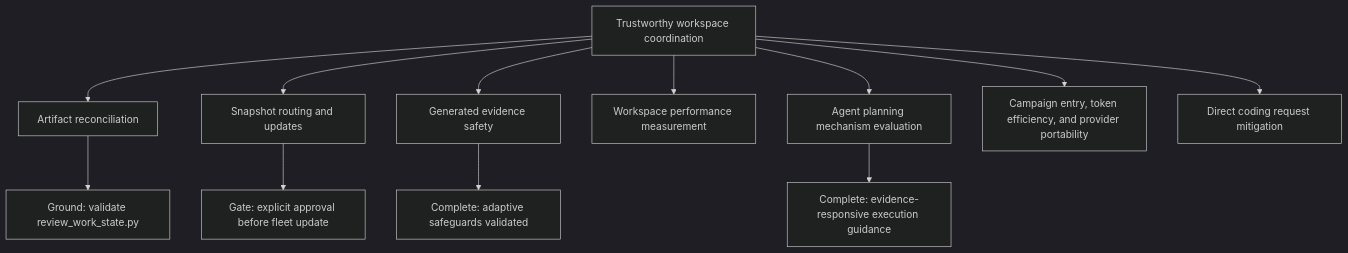
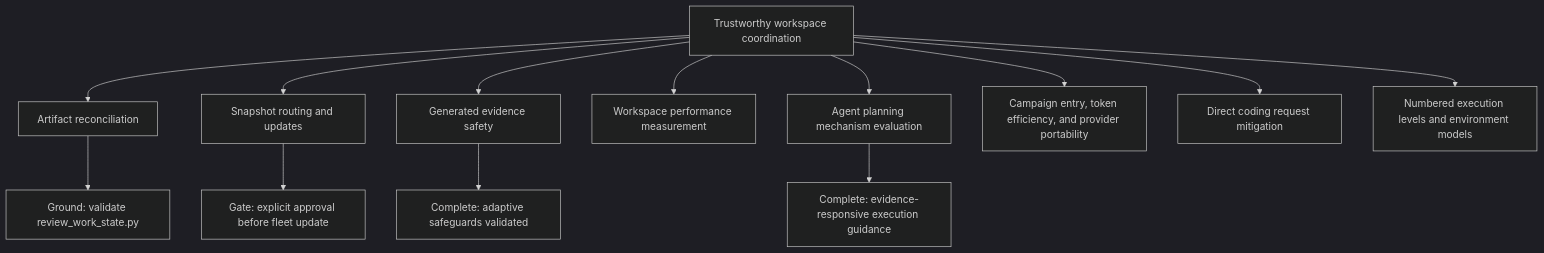
One commit to PC-Redemption/tool_shed changed the diagram in work/maps/map-tool-shed-evolution.md. Above: the diagram before and after it, drawn with Mermaid (dark theme). The commit also changed other lines of this file and 14 other files, not shown here.

Commit message:
Add numbered Tool Shed work levels

````diff
--- a/work/maps/map-tool-shed-evolution.md
+++ b/work/maps/map-tool-shed-evolution.md
@@ -15,14 +15,15 @@
 ```mermaid
 flowchart TD
   A[Trustworthy workspace coordination] --> B[Artifact reconciliation]
   A --> C[Snapshot routing and updates]
   A --> F[Generated evidence safety]
   A --> H[Workspace performance measurement]
   A --> I[Agent planning mechanism evaluation]
   A --> K[Campaign entry, token efficiency, and provider portability]
   A --> L[Direct coding request mitigation]
+  A --> M[Numbered execution levels and environment models]
   I --> J[Complete: evidence-responsive execution guidance]
   B --> D[Ground: validate review_work_state.py]
   C --> E[Gate: explicit approval before fleet update]
   F --> G[Complete: adaptive safeguards validated]
 ```
````
